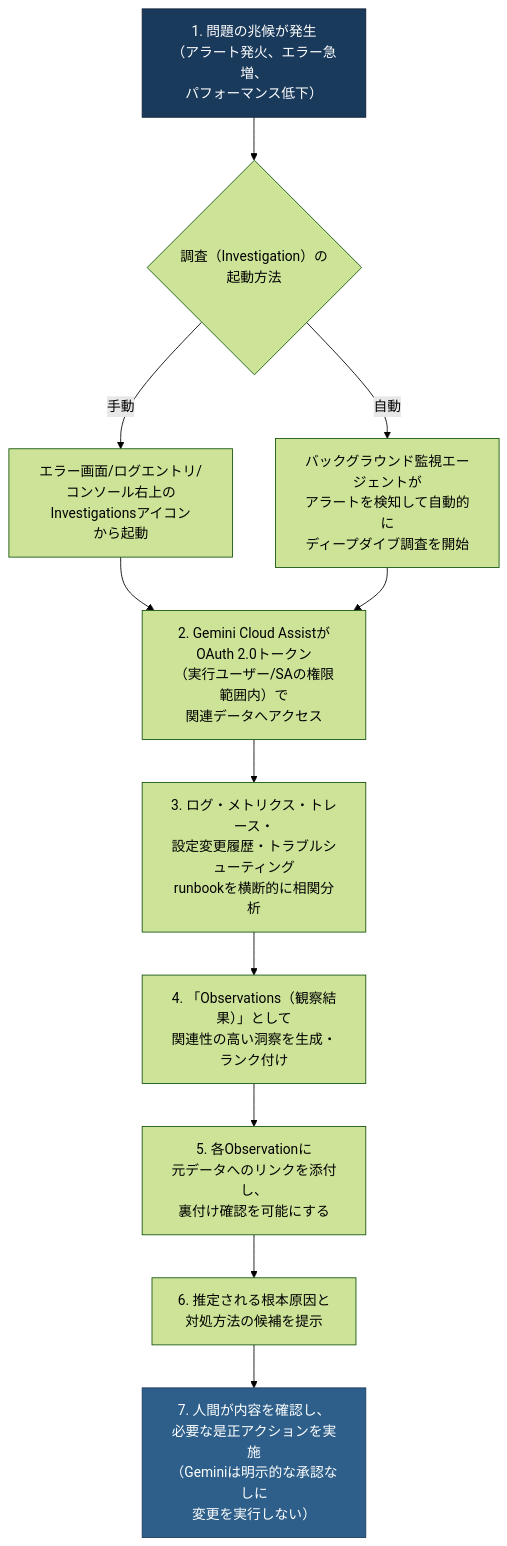
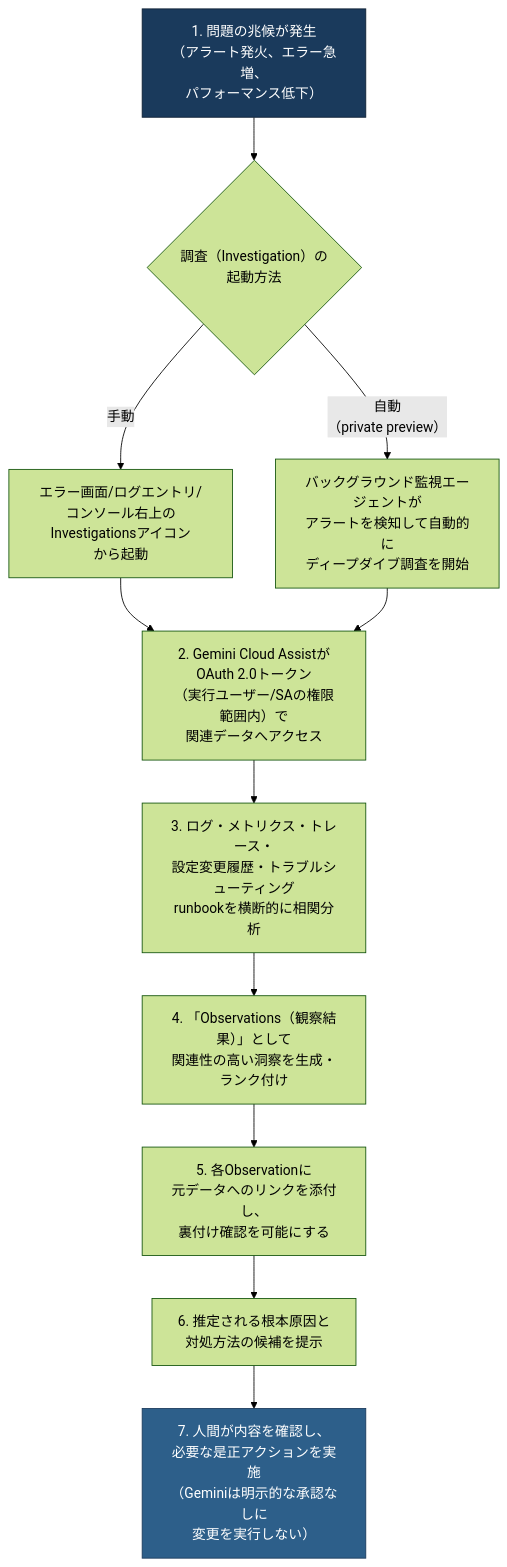
Diagram 15 of 15 in Gcp-professional-cloud-developer-section4.md (myoshi2891/Cloud-Infrastructure-Studies), drawn with Mermaid (forest theme) before and after one commit. The commit also changed other lines of this file and 2 other files, not shown here.

Commit message:
docs(gcp/pcd): refine content accuracy and preview notices for sections 2, 3, and 4

````diff
--- a/Gcp-professional-cloud-developer-section4.md
+++ b/Gcp-professional-cloud-developer-section4.md
@@ -760,16 +765,16 @@
 ```mermaid
 flowchart TD
     A["1. 問題の兆候が発生<br/>（アラート発火、エラー急増、<br/>パフォーマンス低下）"] --> B{"調査（Investigation）の<br/>起動方法"}
     B -->|"手動"| C["エラー画面/ログエントリ/<br/>コンソール右上のInvestigationsアイコン<br/>から起動"]
-    B -->|"自動"| D["バックグラウンド監視エージェントが<br/>アラートを検知して自動的に<br/>ディープダイブ調査を開始"]
+    B -->|"自動<br/>（private preview）"| D["バックグラウンド監視エージェントが<br/>アラートを検知して自動的に<br/>ディープダイブ調査を開始"]
     C --> E["2. Gemini Cloud Assistが<br/>OAuth 2.0トークン<br/>（実行ユーザー/SAの権限範囲内）で<br/>関連データへアクセス"]
     D --> E
     E --> F["3. ログ・メトリクス・トレース・<br/>設定変更履歴・トラブルシューティング<br/>runbookを横断的に相関分析"]
     F --> G["4. 「Observations（観察結果）」として<br/>関連性の高い洞察を生成・ランク付け"]
     G --> H["5. 各Observationに<br/>元データへのリンクを添付し、<br/>裏付け確認を可能にする"]
     H --> I["6. 推定される根本原因と<br/>対処方法の候補を提示"]
     I --> J["7. 人間が内容を確認し、<br/>必要な是正アクションを実施<br/>（Geminiは明示的な承認なしに<br/>変更を実行しない）"]
 
     style A fill:#1a3a5c,stroke:#0d1f33,color:#ffffff
     style J fill:#2d5f8a,stroke:#1a3a5c,color:#ffffff
 ```
````
